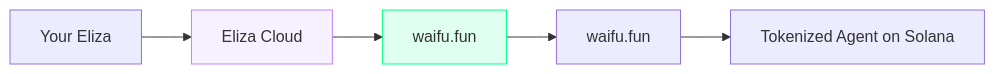
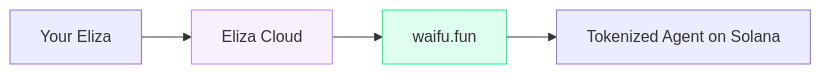
Before and after one commit to waifufun/waifu.fun: the diagram in docs/concepts/eliza-cloud.mdx, drawn with Mermaid. The commit also changed other lines of this file and 32 other files, not shown here.

````diff
--- a/docs/concepts/eliza-cloud.mdx
+++ b/docs/concepts/eliza-cloud.mdx
@@ -24,10 +24,9 @@
 ```mermaid
 graph LR
     A[Your Eliza] --> B[Eliza Cloud]
     B --> C[waifu.fun]
-    C --> D[waifu.fun]
-    D --> E[Tokenized Agent on Solana]
+    C --> D[Tokenized Agent on Solana]
     
     style B fill:#c084fc20,stroke:#c084fc
     style C fill:#00ff8720,stroke:#00ff87
 ```
````
